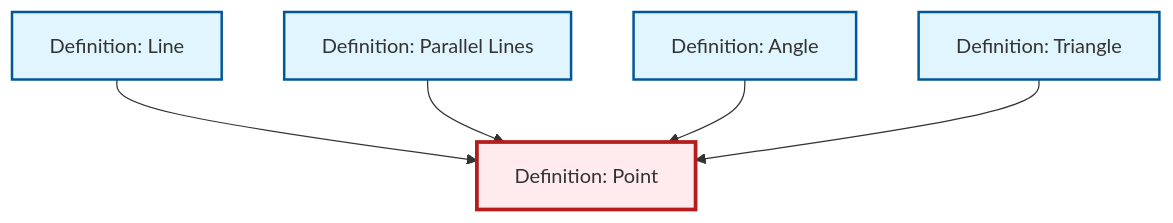
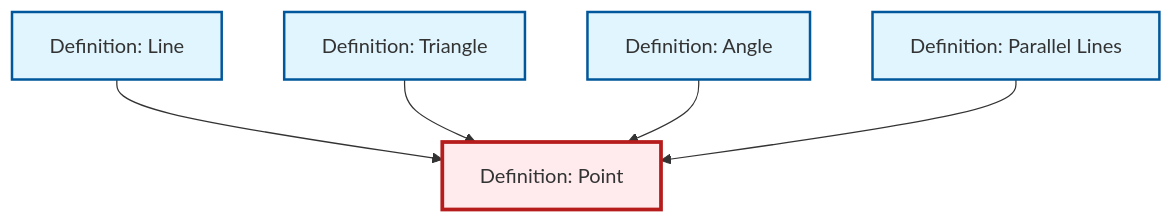
Before and after one commit to RK0429/ModernMath: the diagram in content/en/geometry/def-point.qmd, drawn with Mermaid. The commit also changed other lines of this file and 554 other files, not shown here.

````diff
--- a/content/en/geometry/def-point.qmd
+++ b/content/en/geometry/def-point.qmd
@@ -39,23 +39,23 @@
 ```{mermaid}
 %%| fig-cap: "Local dependency graph"
 graph TD
     classDef definition fill:#e1f5fe,stroke:#01579b,stroke-width:2px
     classDef theorem fill:#f3e5f5,stroke:#4a148c,stroke-width:2px
     classDef axiom fill:#fff3e0,stroke:#e65100,stroke-width:2px
     classDef example fill:#e8f5e9,stroke:#1b5e20,stroke-width:2px
     classDef current fill:#ffebee,stroke:#b71c1c,stroke-width:3px
     def-line["Definition: Line"]:::definition
+    def-triangle["Definition: Triangle"]:::definition
+    def-point["Definition: Point"]:::definition
+    def-parallel["Definition: Parallel Lines"]:::definition
     def-angle["Definition: Angle"]:::definition
-    def-parallel["Definition: Parallel Lines"]:::definition
-    def-point["Definition: Point"]:::definition
-    def-triangle["Definition: Triangle"]:::definition
     def-line --> def-point
+    def-triangle --> def-point
+    def-angle --> def-point
     def-parallel --> def-point
-    def-angle --> def-point
-    def-triangle --> def-point
     class def-point current
     click def-line "def-line.html" "Go to Line definition"
+    click def-triangle "def-triangle.html" "Go to Triangle definition"
+    click def-parallel "def-parallel.html" "Go to Parallel Lines definition"
     click def-angle "def-angle.html" "Go to Angle definition"
-    click def-parallel "def-parallel.html" "Go to Parallel Lines definition"
-    click def-triangle "def-triangle.html" "Go to Triangle definition"
 ```
````
